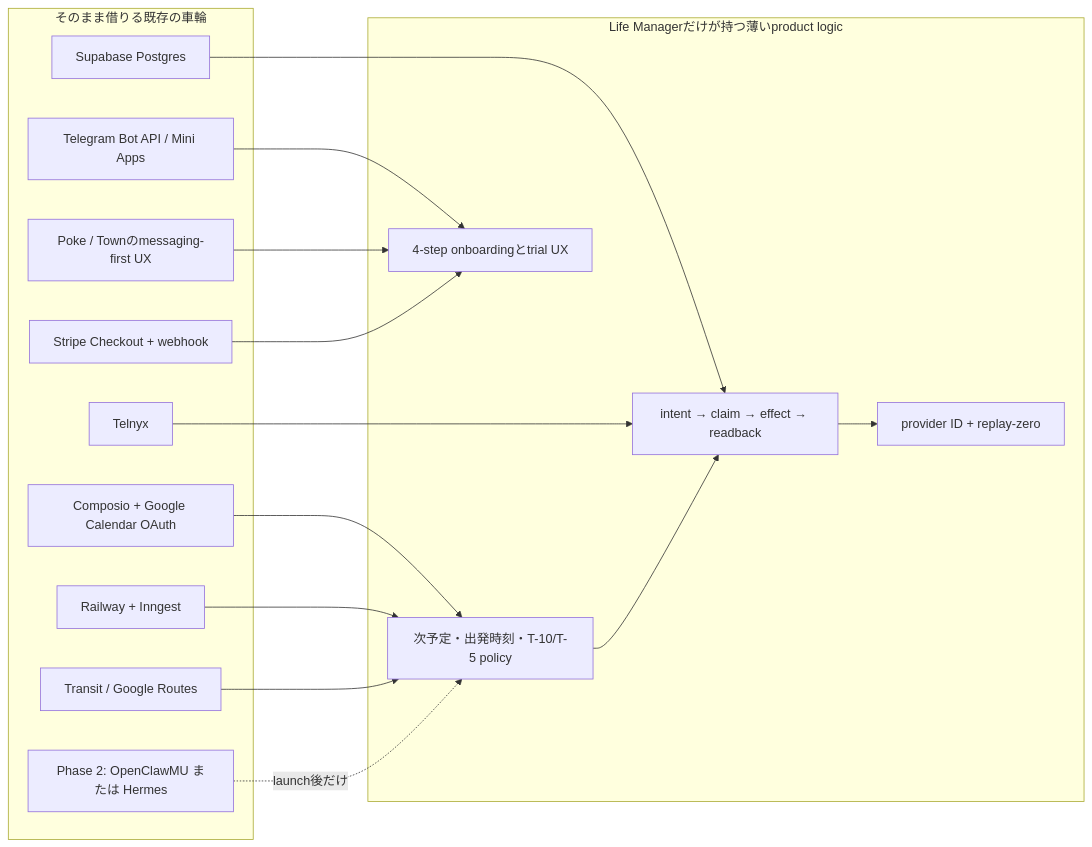
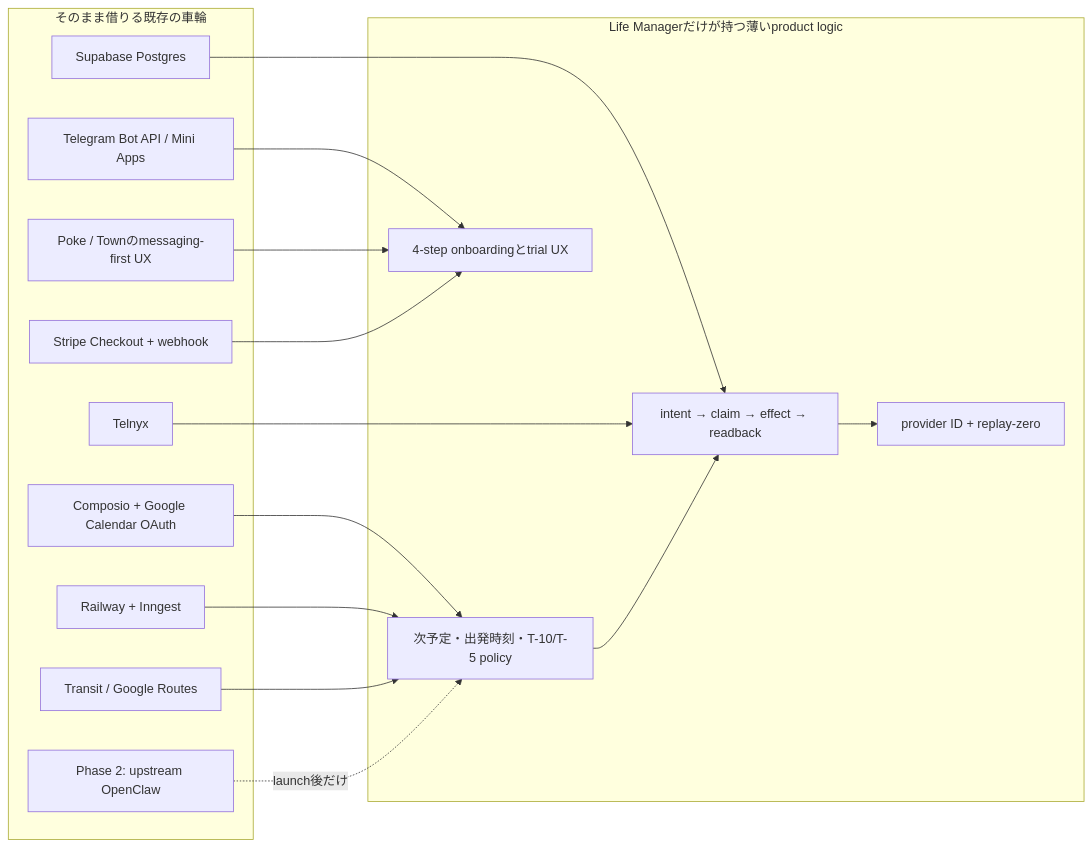
Before and after one commit to Daisuke134/anicca: the fifth of 11 diagrams in docs/superpowers/specs/2026-08-28-life-manager-cloud-telegram-product-ux-design.md, drawn with Mermaid. The commit also changed other lines of this file and 1 other file, not shown here.

Commit message:
docs(life-manager): standardize on upstream OpenClaw

````diff
--- a/docs/superpowers/specs/2026-08-28-life-manager-cloud-telegram-product-ux-design.md
+++ b/docs/superpowers/specs/2026-08-28-life-manager-cloud-telegram-product-ux-design.md
@@ -210,32 +244,32 @@
 ```mermaid
 flowchart LR
   subgraph REUSE[そのまま借りる既存の車輪]
     MSG[Telegram Bot API / Mini Apps]
     UX[Poke / Townのmessaging-first UX]
     OAUTH[Composio + Google Calendar OAuth]
     RUN[Railway + Inngest]
     DATA[Supabase Postgres]
     PAY[Stripe Checkout + webhook]
     ROUTE[Transit / Google Routes]
     VOICE[Telnyx]
-    CHAT[Phase 2: OpenClawMU または Hermes]
+    CHAT[Phase 2: upstream OpenClaw]
   end
 
   subgraph OWN[Life Managerだけが持つ薄いproduct logic]
     POLICY[次予定・出発時刻・T-10/T-5 policy]
     UXSTATE[4-step onboardingとtrial UX]
     FENCE[intent → claim → effect → readback]
     PROOF[provider ID + replay-zero]
   end
 
   MSG --> UXSTATE
   UX --> UXSTATE
   OAUTH --> POLICY
   RUN --> POLICY
   DATA --> FENCE
   PAY --> UXSTATE
   ROUTE --> POLICY
   VOICE --> FENCE
   CHAT -. launch後だけ .-> POLICY
   POLICY --> FENCE --> PROOF
 ```
````
